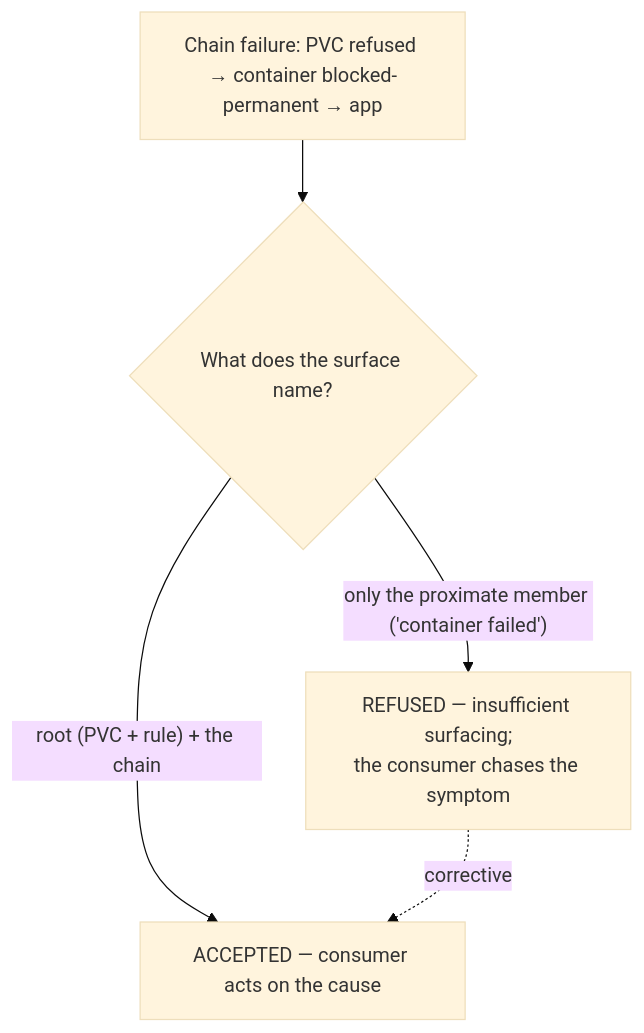
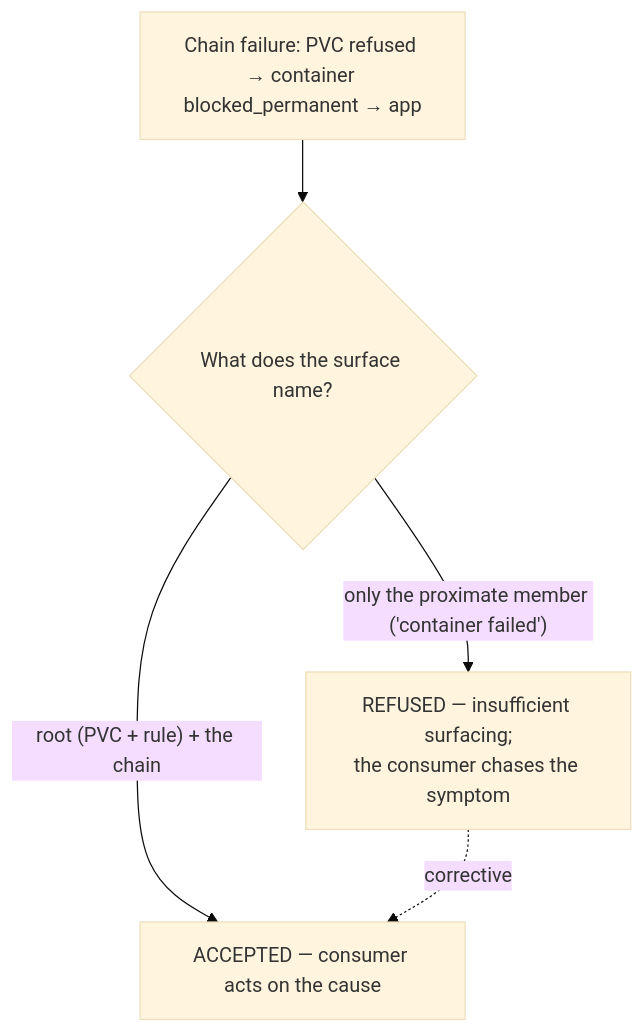
One commit to croadfeldt/udlm changed the diagram in docs/flows/intent-fulfillment-surface-names-root.md. Above: the diagram before and after it, drawn with Mermaid (base theme). The commit also changed other lines of this file and 204 other files, not shown here.

First line of the commit message:
Record-schema values to snake_case (#657, row 120)

````diff
--- a/docs/flows/intent-fulfillment-surface-names-root.md
+++ b/docs/flows/intent-fulfillment-surface-names-root.md
@@ -22,7 +22,7 @@
 ```mermaid
 flowchart TD
-    F["Chain failure: PVC refused → container blocked-permanent → app"] --> S{"What does the surface name?"}
+    F["Chain failure: PVC refused → container blocked_permanent → app"] --> S{"What does the surface name?"}
     S -->|"only the proximate member ('container failed')"| R["REFUSED — insufficient surfacing;\nthe consumer chases the symptom"]
     S -->|"root (PVC + rule) + the chain"| A["ACCEPTED — consumer acts on the cause"]
     R -.corrective.-> A
 ```
````
